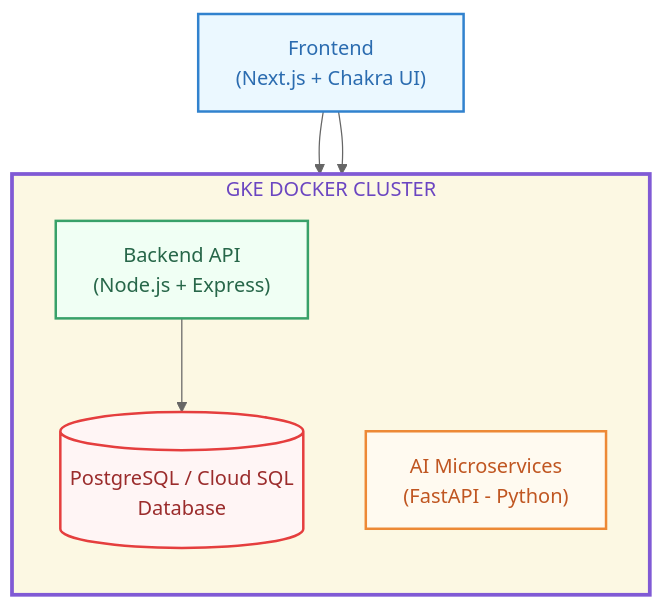
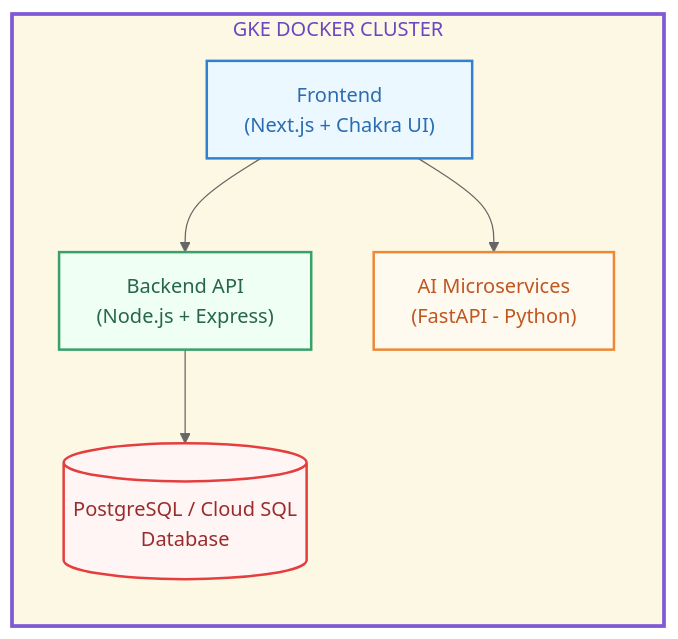
The diagram in README.md (kunigitaj/visionboard-frontend), drawn with Mermaid (neutral theme) before and after one commit. The commit also changed other lines of this file, not shown here.

````diff
--- a/README.md
+++ b/README.md
@@ -37,18 +37,19 @@
 ```mermaid
 flowchart TD
   subgraph GKE_DOCKER_CLUSTER["GKE DOCKER CLUSTER"]
     direction TB
+    FE["Frontend<br>(Next.js + Chakra UI)"]
     Backend["Backend API<br>(Node.js + Express)"]
     AI["AI Microservices<br>(FastAPI - Python)"]
     DB[("PostgreSQL / Cloud SQL<br>Database")]
   end
 
-  FE["Frontend<br>(Next.js + Chakra UI)"] --> Backend & AI
+  FE --> Backend & AI
   Backend --> DB
 
+  style FE fill:#ebf8ff,stroke:#3182ce,stroke-width:2px,color:#2b6cb0
   style Backend fill:#f0fff4,stroke:#38a169,stroke-width:2px,color:#276749
   style AI fill:#fffaf0,stroke:#ed8936,stroke-width:2px,color:#c05621
   style DB fill:#fff5f5,stroke:#e53e3e,stroke-width:2px,color:#9b2c2c
-  style FE fill:#ebf8ff,stroke:#3182ce,stroke-width:2px,color:#2b6cb0
   style GKE_DOCKER_CLUSTER fill:#fcf8e3,stroke:#805ad5,stroke-width:3px,color:#6b46c1
 ```
````
